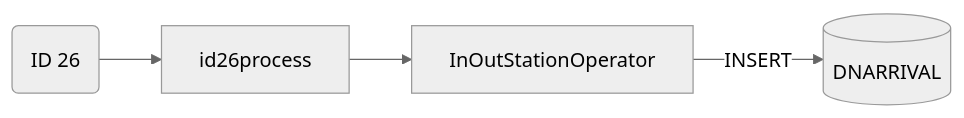
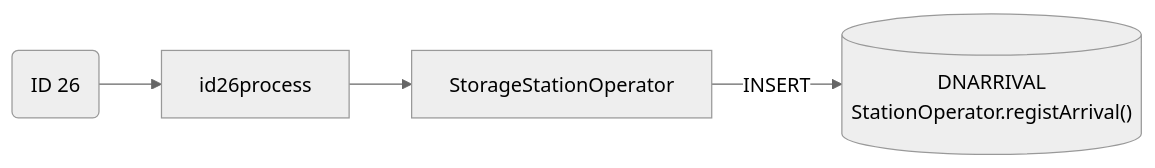
One commit to luthfiadityaa/SimeDarby-Wiki changed the fifth of 5 diagrams in Basic-Design/DFD-WMS/Storage/Planned-Storage-Packaging-Material/Storage-Flow-(Packaging-Material).md. Above: the diagram before and after it, drawn with Mermaid (neutral theme). The commit also changed other lines of this file, not shown here.

Commit message:
Updated Storage Flow (Packaging Material)

```diff
--- a/Basic-Design/DFD-WMS/Storage/Planned-Storage-Packaging-Material/Storage-Flow-(Packaging-Material).md
+++ b/Basic-Design/DFD-WMS/Storage/Planned-Storage-Packaging-Material/Storage-Flow-(Packaging-Material).md
@@ -211,17 +212,17 @@
 ::: mermaid
 flowchart LR
-
 
 id26msg("
 ID 26
 ")
 
 id26-insert[("
 DNARRIVAL
+StationOperator.registArrival()
 ")]
 
-inoutstationoperator[InOutStationOperator]
+StorageStationOperator[StorageStationOperator]
 
-id26msg-->id26process-->inoutstationoperator
-inoutstationoperator--INSERT-->id26-insert
+id26msg-->id26process-->StorageStationOperator
+StorageStationOperator--> |INSERT| id26-insert
 :::
```
